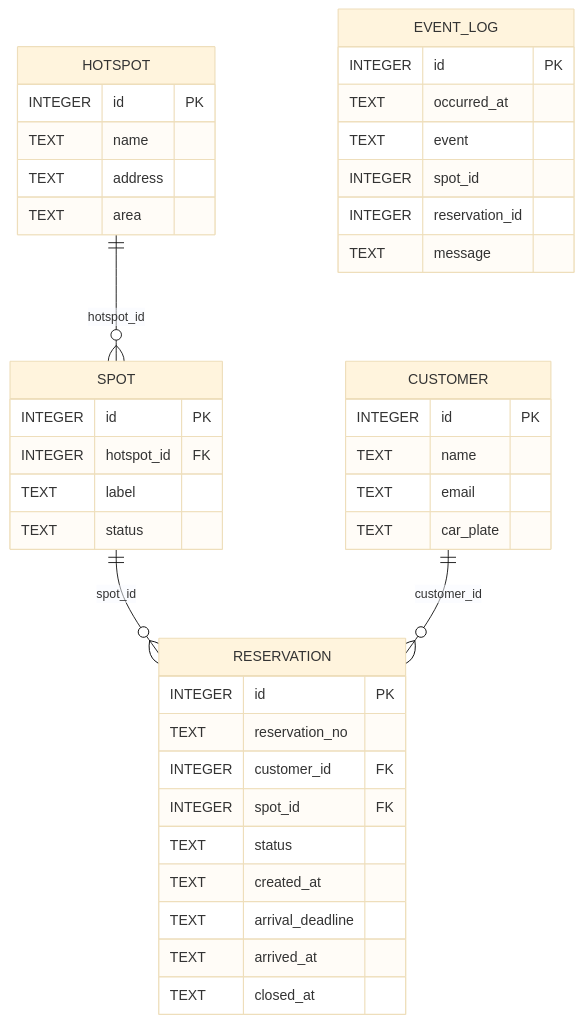
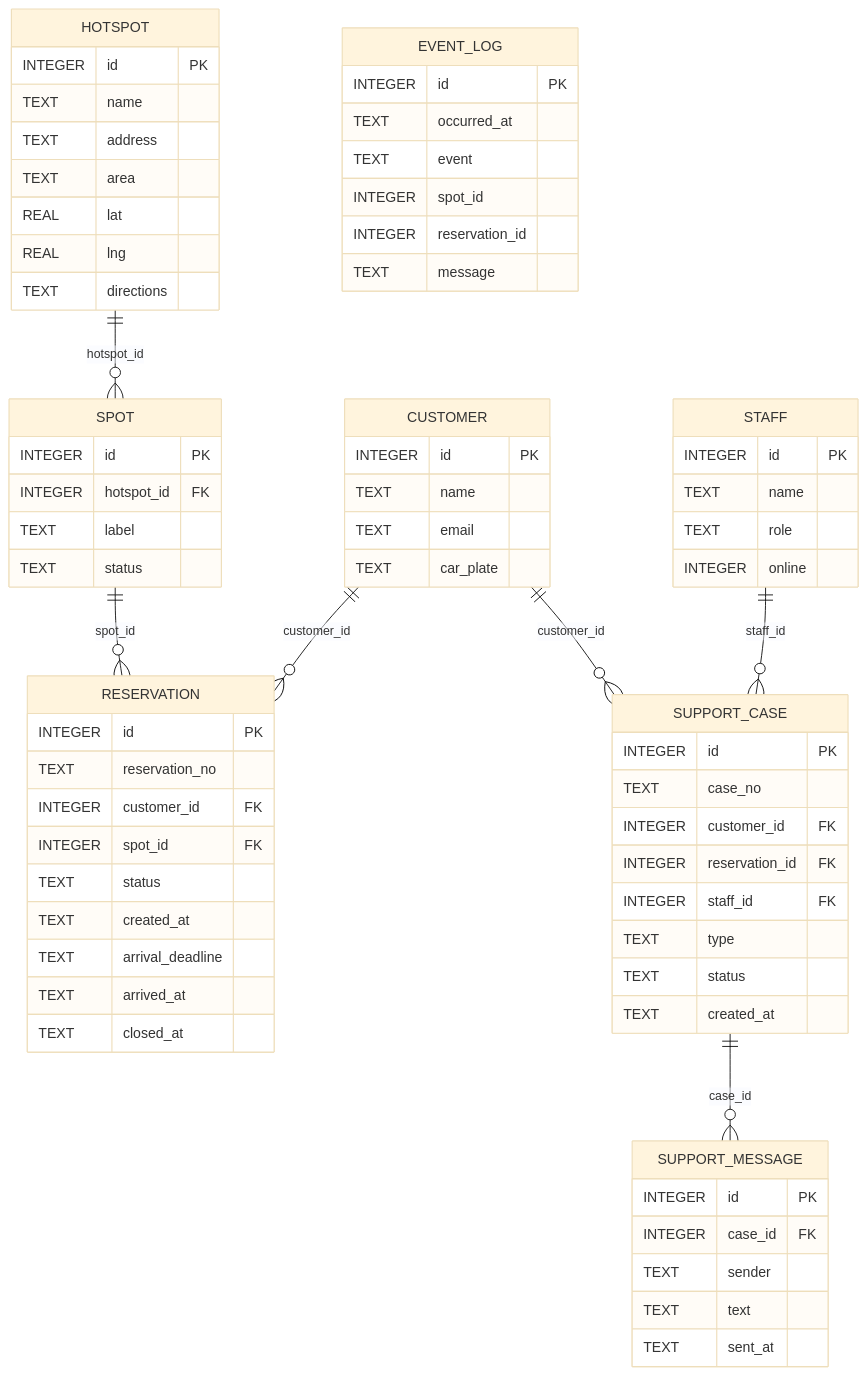
The first of 2 diagrams in 2-GreenMobility-UrbanMotion/DOCS.md (EKmiwn/e2026-3-sem-A), drawn with Mermaid (base theme) before and after one commit. The commit also changed other lines of this file and 38 other files, not shown here.

````diff
--- a/2-GreenMobility-UrbanMotion/DOCS.md
+++ b/2-GreenMobility-UrbanMotion/DOCS.md
@@ -44,43 +66,72 @@
 ```mermaid
 erDiagram
     HOTSPOT ||--o{ SPOT : "hotspot_id"
     SPOT ||--o{ RESERVATION : "spot_id"
     CUSTOMER ||--o{ RESERVATION : "customer_id"
+    CUSTOMER ||--o{ SUPPORT_CASE : "customer_id"
+    STAFF ||--o{ SUPPORT_CASE : "staff_id"
+    SUPPORT_CASE ||--o{ SUPPORT_MESSAGE : "case_id"
     CUSTOMER {
         INTEGER id PK
         TEXT name
         TEXT email
         TEXT car_plate
     }
     HOTSPOT {
         INTEGER id PK
         TEXT name
         TEXT address
         TEXT area
+        REAL lat
+        REAL lng
+        TEXT directions
     }
     SPOT {
         INTEGER id PK
         INTEGER hotspot_id FK
         TEXT label
         TEXT status
     }
     RESERVATION {
         INTEGER id PK
         TEXT reservation_no
         INTEGER customer_id FK
         INTEGER spot_id FK
         TEXT status
         TEXT created_at
         TEXT arrival_deadline
         TEXT arrived_at
         TEXT closed_at
     }
+    STAFF {
+        INTEGER id PK
+        TEXT name
+        TEXT role
+        INTEGER online
+    }
+    SUPPORT_CASE {
+        INTEGER id PK
+        TEXT case_no
+        INTEGER customer_id FK
+        INTEGER reservation_id FK
+        INTEGER staff_id FK
+        TEXT type
+        TEXT status
+        TEXT created_at
+    }
+    SUPPORT_MESSAGE {
+        INTEGER id PK
+        INTEGER case_id FK
+        TEXT sender
+        TEXT text
+        TEXT sent_at
+    }
     EVENT_LOG {
         INTEGER id PK
         TEXT occurred_at
         TEXT event
         INTEGER spot_id
         INTEGER reservation_id
         TEXT message
     }
 ```
````
